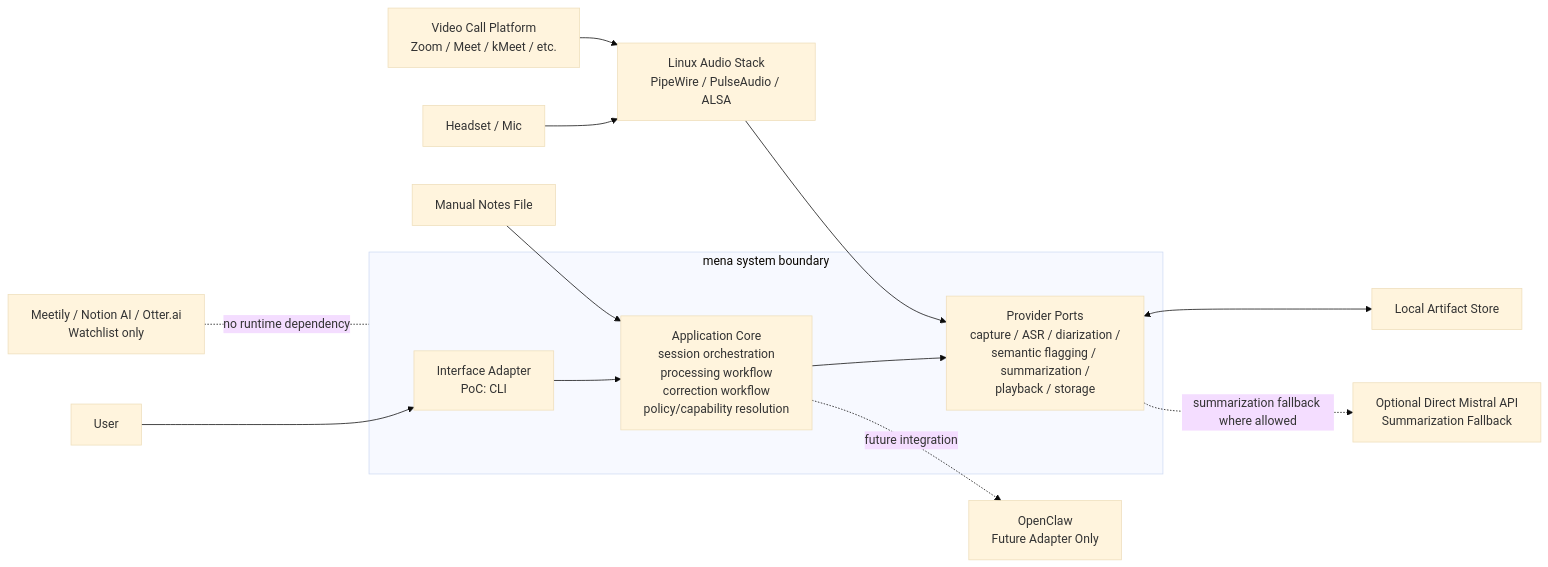
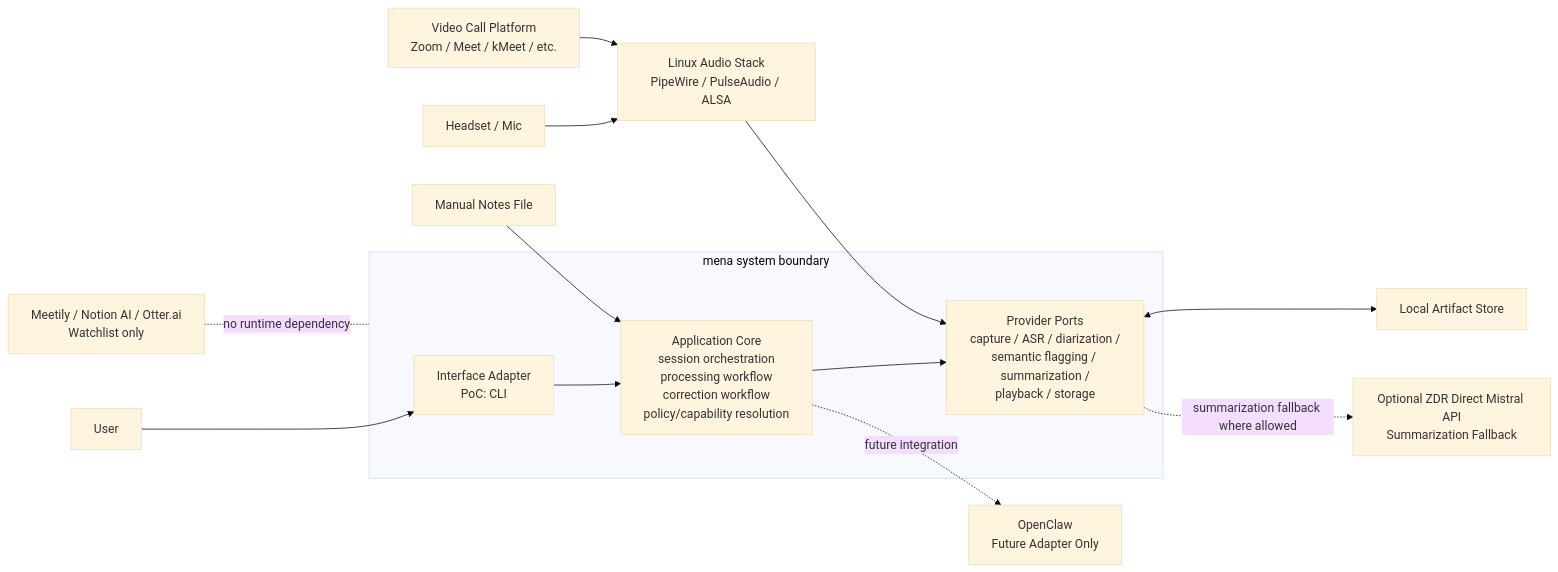
The first of 3 diagrams in docs/architecture/architecture-overview.md (dothackerman/mena), drawn with Mermaid (base theme) before and after one commit. The commit also changed other lines of this file and 3 other files, not shown here.

Commit message:
Clarify architecture fallback and develop workflow

````diff
--- a/docs/architecture/architecture-overview.md
+++ b/docs/architecture/architecture-overview.md
@@ -155,29 +157,29 @@
 ```mermaid
 flowchart LR
     User[User]
     Watch[Meetily / Notion AI / Otter.ai\nWatchlist only]
     Audio[Linux Audio Stack\nPipeWire / PulseAudio / ALSA]
     Mic[Headset / Mic]
     Call[Video Call Platform\nZoom / Meet / kMeet / etc.]
     Store[Local Artifact Store]
     Notes[Manual Notes File]
-    Mistral[Optional Direct Mistral API\nSummarization Fallback]
+    Mistral[Optional ZDR Direct Mistral API\nSummarization Fallback]
     OpenClaw[OpenClaw\nFuture Adapter Only]
 
     subgraph M[mena system boundary]
         CLI[Interface Adapter\nPoC: CLI]
         Core[Application Core\nsession orchestration\nprocessing workflow\ncorrection workflow\npolicy/capability resolution]
         Ports[Provider Ports\ncapture / ASR / diarization /\nsemantic flagging / summarization /\nplayback / storage]
         CLI --> Core --> Ports
     end
 
     User --> CLI
     Mic --> Audio
     Call --> Audio
     Audio --> Ports
     Notes --> Core
     Ports <--> Store
     Ports -. summarization fallback where allowed .-> Mistral
     Core -. future integration .-> OpenClaw
     Watch -. no runtime dependency .- M
 ```
````
